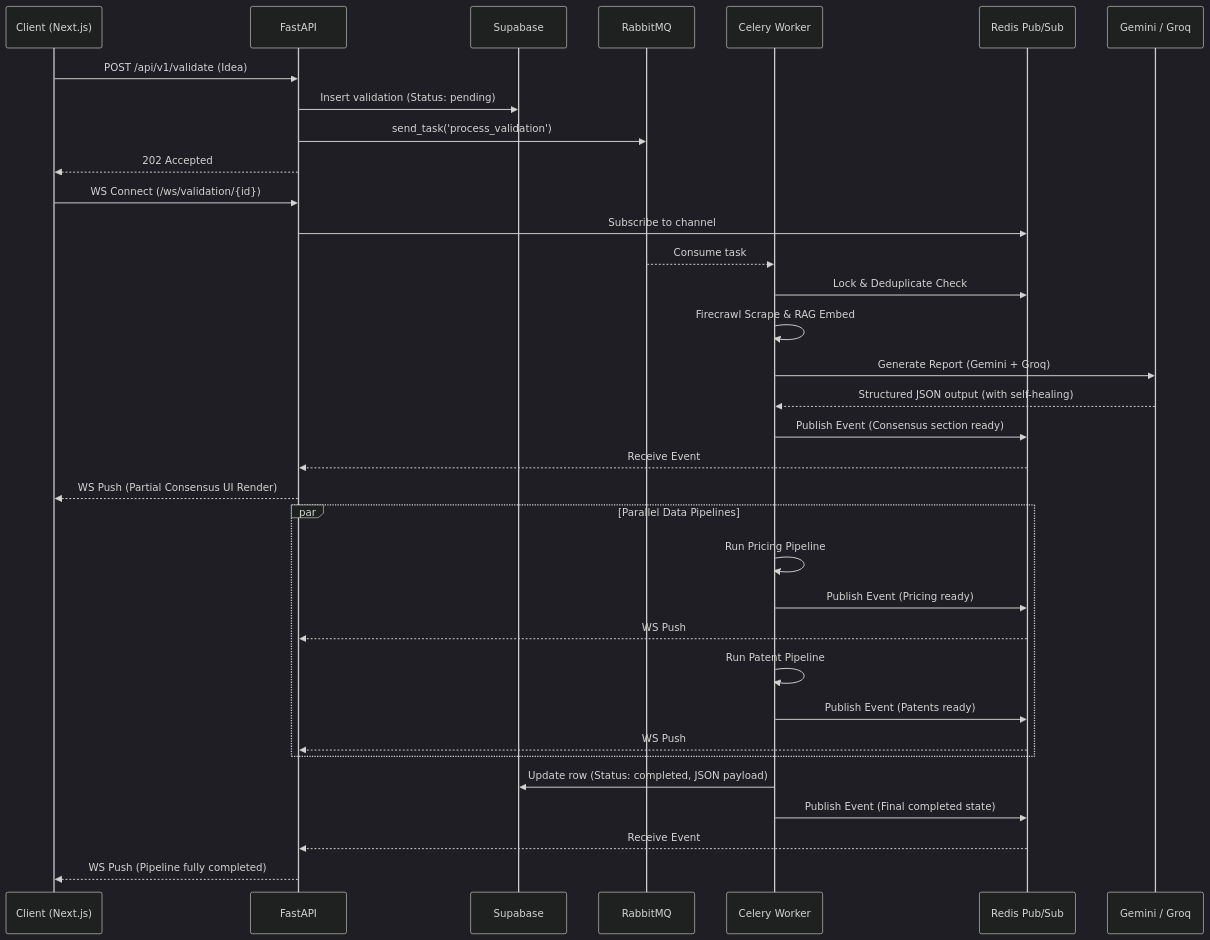
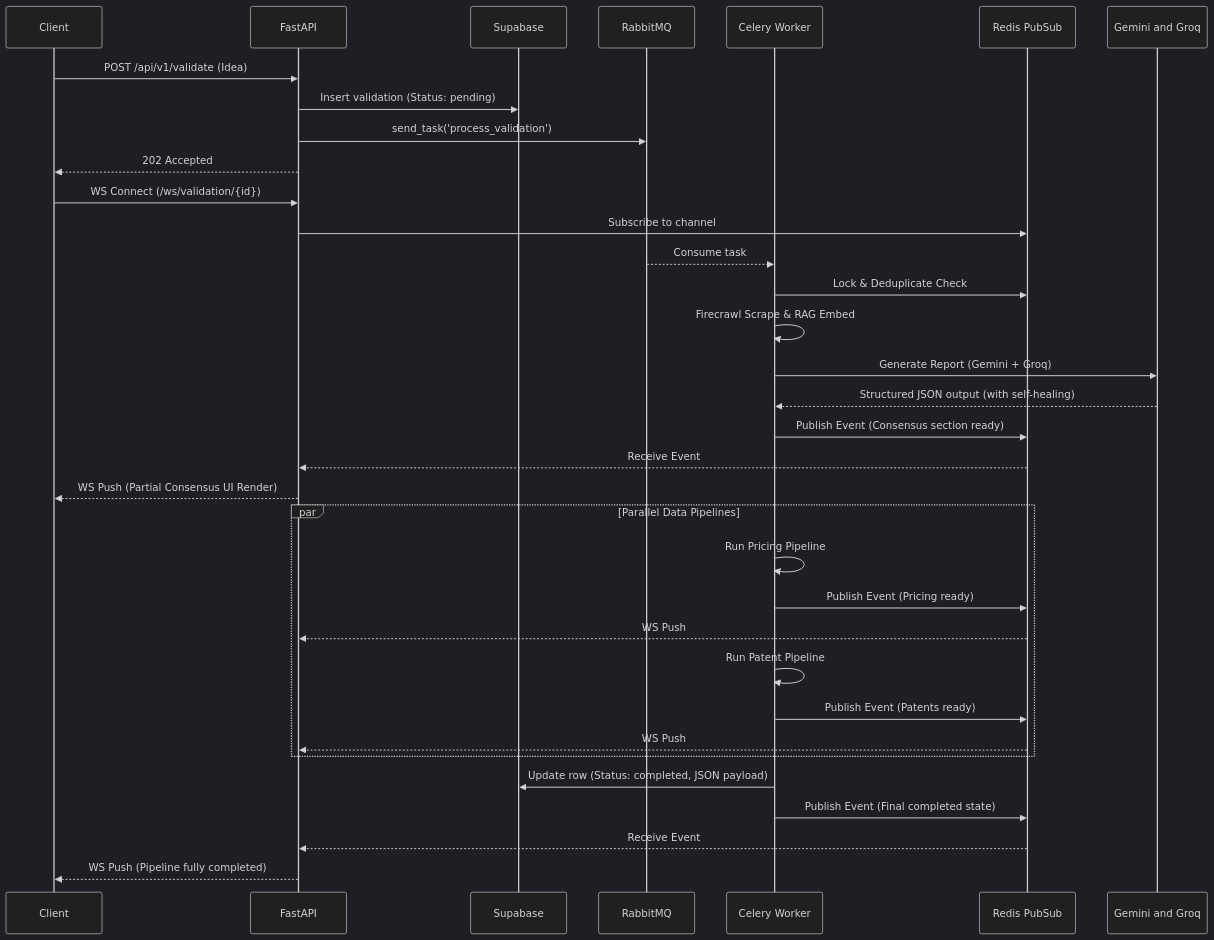
One commit to rohithuppala-code/Startup_Scope_AI changed the fourth of 5 diagrams in README.md. Above: the diagram before and after it, drawn with Mermaid (dark theme). The commit also changed other lines of this file and 1 other file, not shown here.

````diff
--- a/README.md
+++ b/README.md
@@ -200,43 +200,43 @@
 ```mermaid
 sequenceDiagram
-    participant C as Client (Next.js)
+    participant C as Client
     participant API as FastAPI
     participant DB as Supabase
     participant MQ as RabbitMQ
     participant W as Celery Worker
-    participant R as Redis Pub/Sub
-    participant AI as Gemini / Groq
+    participant R as Redis PubSub
+    participant AI as Gemini and Groq
 
     C->>API: POST /api/v1/validate (Idea)
     API->>DB: Insert validation (Status: pending)
     API->>MQ: send_task('process_validation')
     API-->>C: 202 Accepted
     
     C->>API: WS Connect (/ws/validation/{id})
     API->>R: Subscribe to channel
     
     MQ-->>W: Consume task
     W->>R: Lock & Deduplicate Check
     
     W->>W: Firecrawl Scrape & RAG Embed
     W->>AI: Generate Report (Gemini + Groq)
     AI-->>W: Structured JSON output (with self-healing)
     
     W->>R: Publish Event (Consensus section ready)
     R-->>API: Receive Event
     API-->>C: WS Push (Partial Consensus UI Render)
     
     par Parallel Data Pipelines
         W->>W: Run Pricing Pipeline
         W->>R: Publish Event (Pricing ready)
         R-->>API: WS Push
         W->>W: Run Patent Pipeline
         W->>R: Publish Event (Patents ready)
         R-->>API: WS Push
     end
     
     W->>DB: Update row (Status: completed, JSON payload)
     W->>R: Publish Event (Final completed state)
     R-->>API: Receive Event
     API-->>C: WS Push (Pipeline fully completed)
 ```
````
